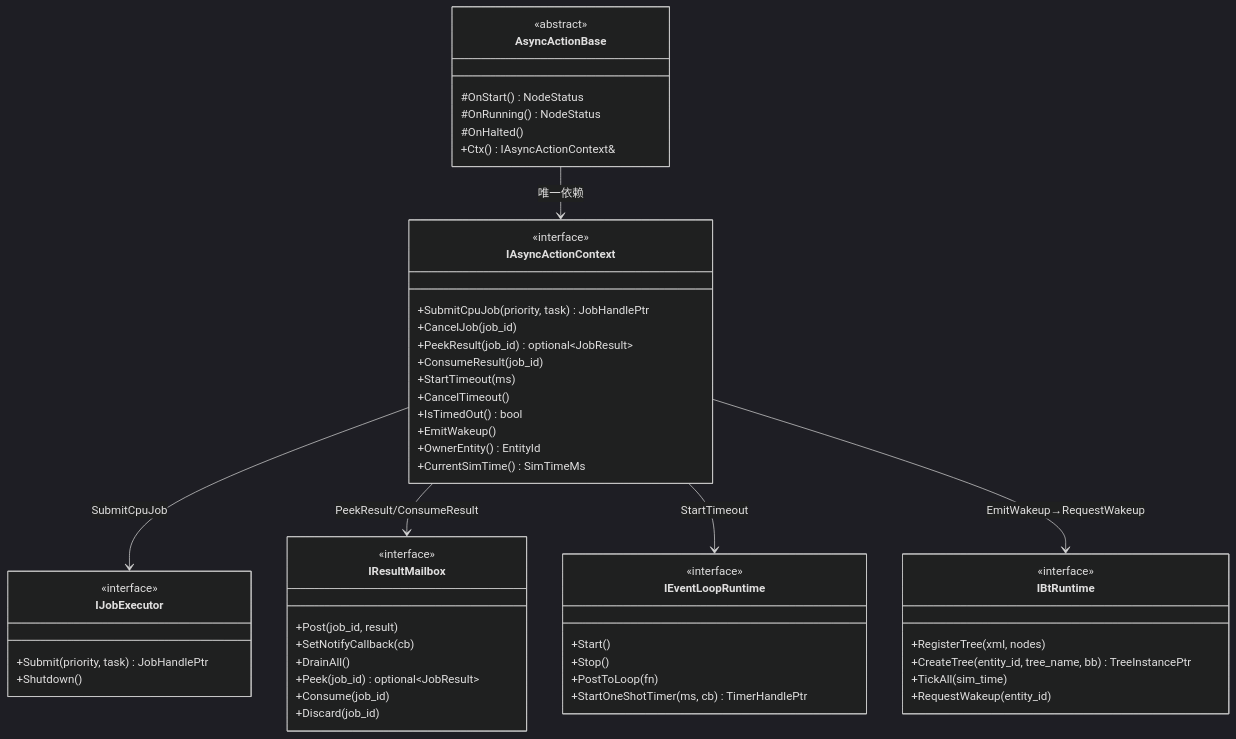
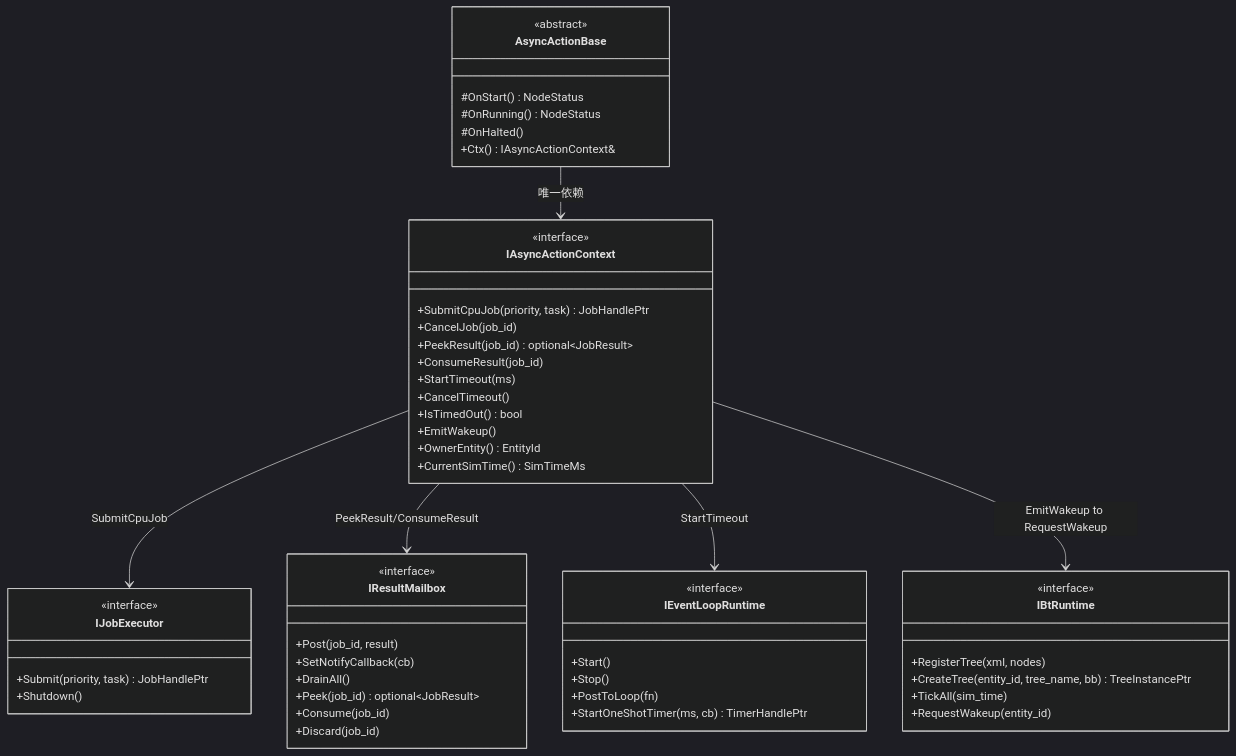
Before and after one commit to xin-gao-04/sim-behavior: the third of 8 diagrams in docs/design/architecture.md, drawn with Mermaid (dark theme). The commit also changed other lines of this file, not shown here.

First line of the commit message:
docs: 修复 Mermaid 图表渲染问题 + 更新依赖版本

````diff
--- a/docs/design/architecture.md
+++ b/docs/design/architecture.md
@@ -80,62 +80,62 @@
 ```mermaid
 classDiagram
     class IAsyncActionContext {
         <<interface>>
         +SubmitCpuJob(priority, task) JobHandlePtr
         +CancelJob(job_id)
         +PeekResult(job_id) optional~JobResult~
         +ConsumeResult(job_id)
         +StartTimeout(ms)
         +CancelTimeout()
         +IsTimedOut() bool
         +EmitWakeup()
         +OwnerEntity() EntityId
         +CurrentSimTime() SimTimeMs
     }
 
     class IJobExecutor {
         <<interface>>
         +Submit(priority, task) JobHandlePtr
         +Shutdown()
     }
 
     class IResultMailbox {
         <<interface>>
         +Post(job_id, result)
         +SetNotifyCallback(cb)
         +DrainAll()
         +Peek(job_id) optional~JobResult~
         +Consume(job_id)
         +Discard(job_id)
     }
 
     class IEventLoopRuntime {
         <<interface>>
         +Start()
         +Stop()
         +PostToLoop(fn)
         +StartOneShotTimer(ms, cb) TimerHandlePtr
     }
 
     class IBtRuntime {
         <<interface>>
         +RegisterTree(xml, nodes)
         +CreateTree(entity_id, tree_name, bb) TreeInstancePtr
         +TickAll(sim_time)
         +RequestWakeup(entity_id)
     }
 
     class AsyncActionBase {
         <<abstract>>
         #OnStart() NodeStatus
         #OnRunning() NodeStatus
         #OnHalted()
         +Ctx() IAsyncActionContext&
     }
 
     IAsyncActionContext --> IJobExecutor : SubmitCpuJob
     IAsyncActionContext --> IResultMailbox : PeekResult/ConsumeResult
     IAsyncActionContext --> IEventLoopRuntime : StartTimeout
-    IAsyncActionContext --> IBtRuntime : EmitWakeup→RequestWakeup
+    IAsyncActionContext --> IBtRuntime : EmitWakeup to RequestWakeup
     AsyncActionBase --> IAsyncActionContext : 唯一依赖
 ```
````
